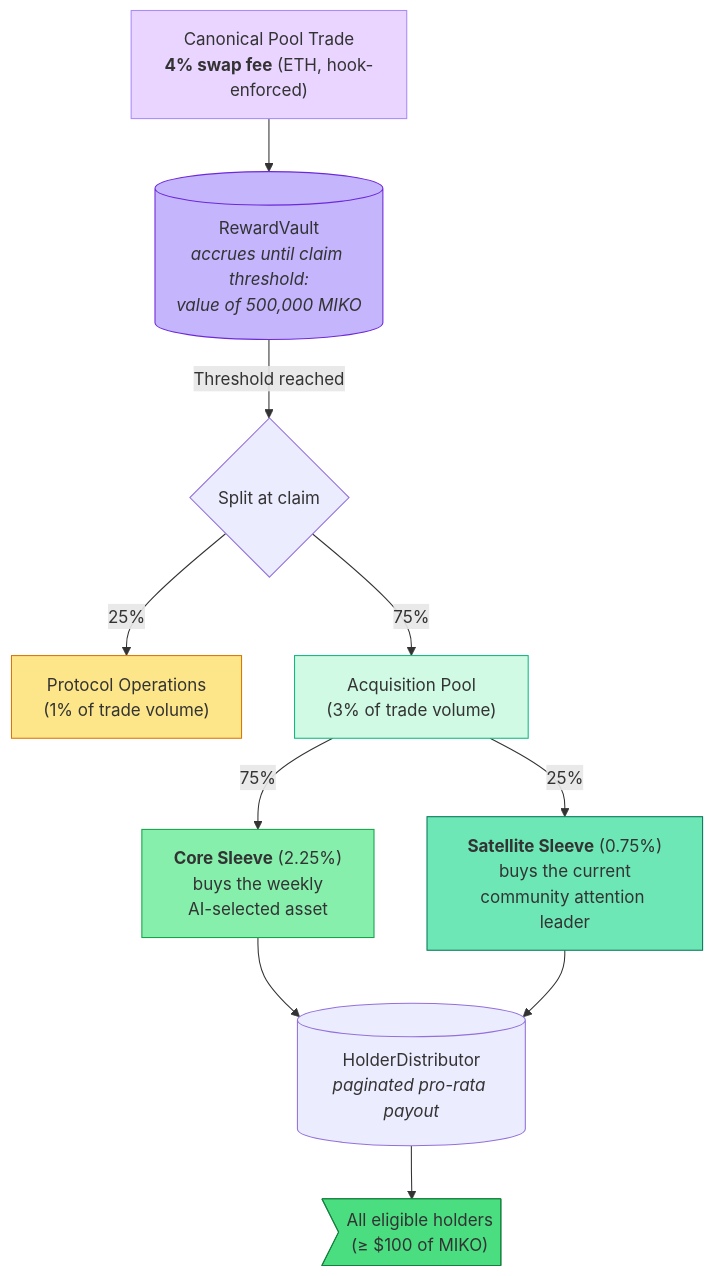
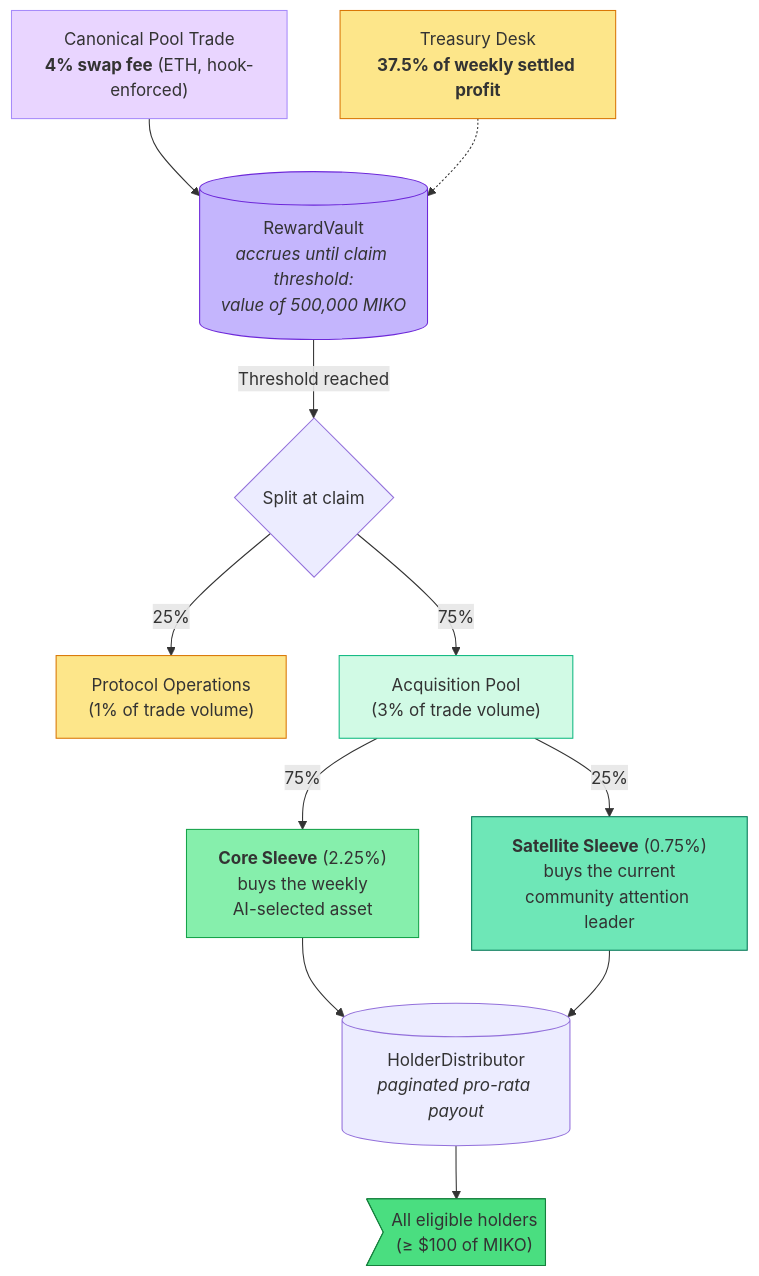
One commit to Miko-Protocol/docs changed the second of 3 diagrams in docs/miko-protocol/symbiotic-loop-and-economics.md. Above: the diagram before and after it, drawn with Mermaid. The commit also changed other lines of this file and 8 other files, not shown here.

````diff
--- a/docs/miko-protocol/symbiotic-loop-and-economics.md
+++ b/docs/miko-protocol/symbiotic-loop-and-economics.md
@@ -35,19 +37,21 @@
 ```mermaid
 graph TD
     T["Canonical Pool Trade<br/><b>4% swap fee</b> (ETH, hook-enforced)"] --> V[("RewardVault<br/><i>accrues until claim threshold:<br/>value of 500,000 MIKO</i>")]
+    TD["Treasury Desk<br/><b>37.5% of weekly settled profit</b>"] -.-> V
     V -->|"Threshold reached"| S{"Split at claim"}
     S -->|"25%"| O["Protocol Operations<br/>(1% of trade volume)"]
     S -->|"75%"| P["Acquisition Pool<br/>(3% of trade volume)"]
     P -->|"75%"| CORE["<b>Core Sleeve</b> (2.25%)<br/>buys the weekly<br/>AI-selected asset"]
     P -->|"25%"| SAT["<b>Satellite Sleeve</b> (0.75%)<br/>buys the current<br/>community attention leader"]
     CORE --> D[("HolderDistributor<br/><i>paginated pro-rata payout</i>")]
     SAT --> D
     D --> H>"All eligible holders<br/>(≥ $100 of MIKO)"]
     style T fill:#e9d5ff,stroke:#a78bfa
+    style TD fill:#fde68a,stroke:#d97706
     style V fill:#c4b5fd,stroke:#6d28d9
     style O fill:#fde68a,stroke:#d97706
     style P fill:#d1fae5,stroke:#10b981
     style CORE fill:#86efac,stroke:#16a34a
     style SAT fill:#6ee7b7,stroke:#047857
     style H fill:#4ade80,stroke:#15803d
 ```
````
